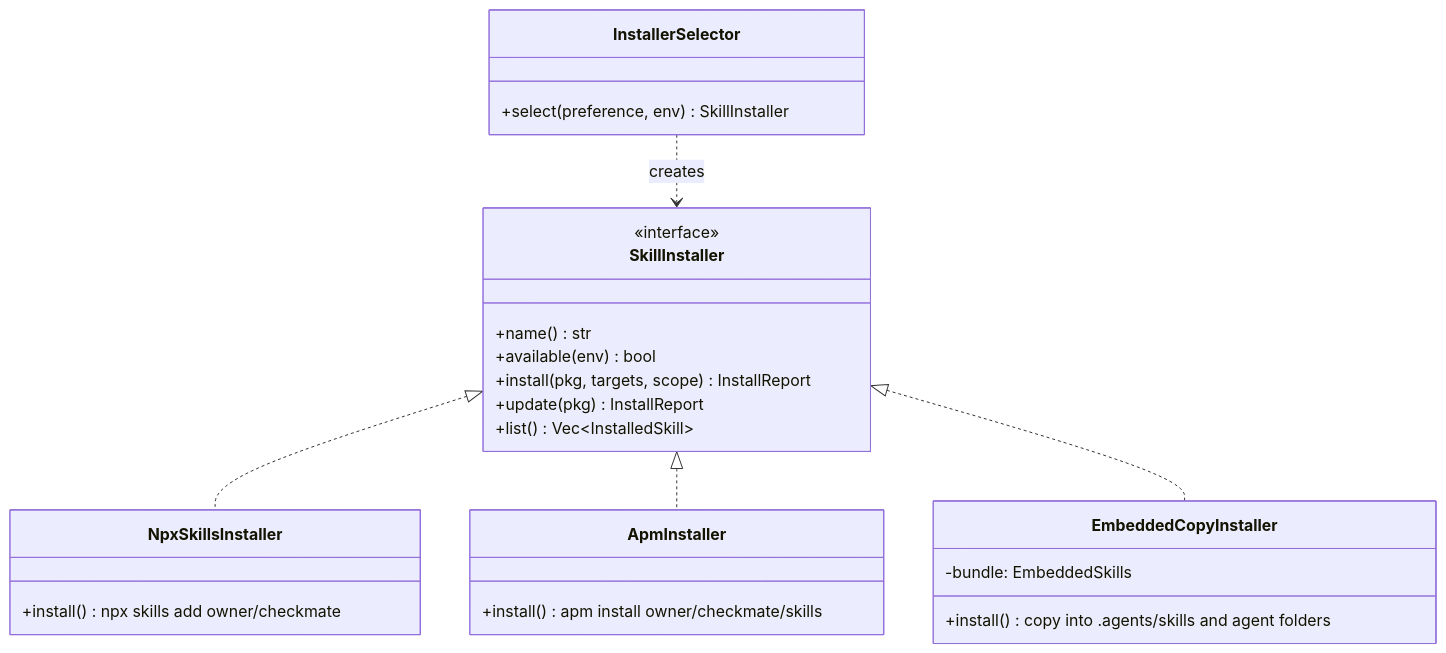
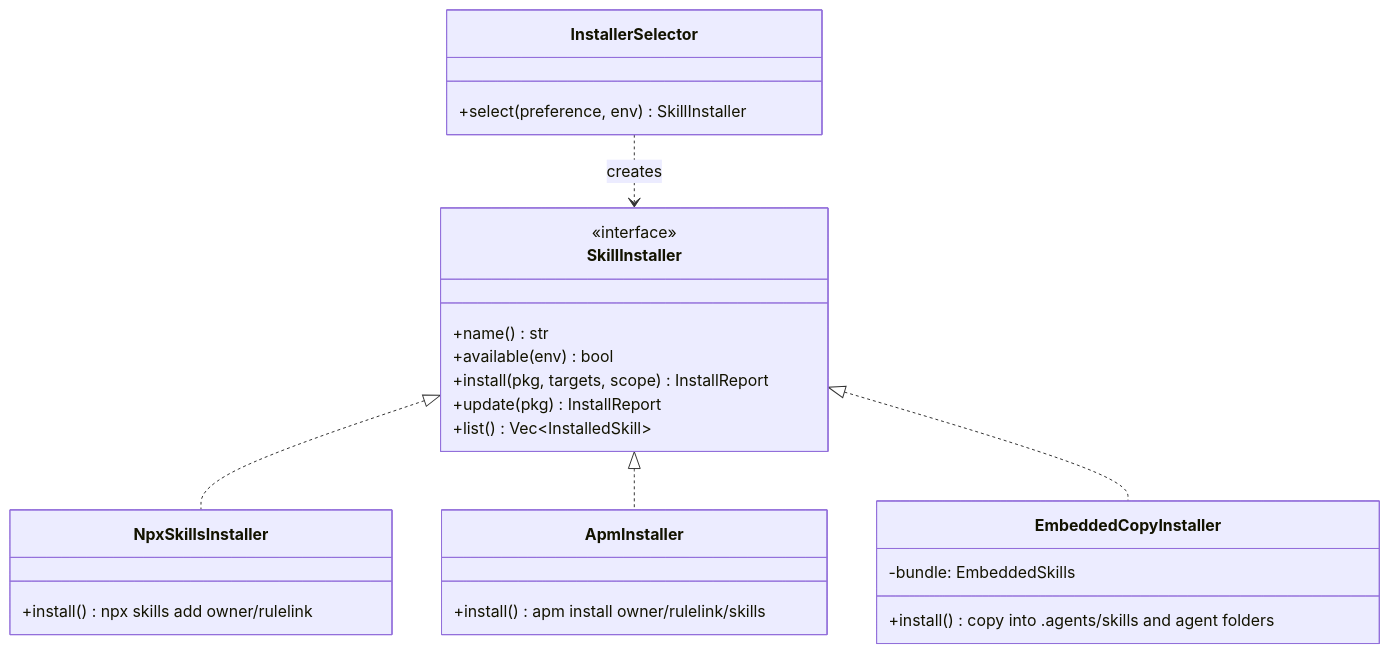
One commit to E-Jacques/Rulelink changed the second of 4 diagrams in docs/architecture/07-agent-integration.md. Above: the diagram before and after it, drawn with Mermaid. The commit also changed other lines of this file and 126 other files, not shown here.

First line of the commit message:
chore: rename the project from Checkmate to Rulelink (#6)

````diff
--- a/docs/architecture/07-agent-integration.md
+++ b/docs/architecture/07-agent-integration.md
@@ -112,28 +112,28 @@
 ```mermaid
 classDiagram
     class SkillInstaller {
         <<interface>>
         +name() str
         +available(env) bool
         +install(pkg, targets, scope) InstallReport
         +update(pkg) InstallReport
         +list() Vec~InstalledSkill~
     }
     class NpxSkillsInstaller {
-        +install() npx skills add owner/checkmate
+        +install() npx skills add owner/rulelink
     }
     class ApmInstaller {
-        +install() apm install owner/checkmate/skills
+        +install() apm install owner/rulelink/skills
     }
     class EmbeddedCopyInstaller {
         -bundle: EmbeddedSkills
         +install() copy into .agents/skills and agent folders
     }
     class InstallerSelector {
         +select(preference, env) SkillInstaller
     }
     SkillInstaller <|.. NpxSkillsInstaller
     SkillInstaller <|.. ApmInstaller
     SkillInstaller <|.. EmbeddedCopyInstaller
     InstallerSelector ..> SkillInstaller : creates
 ```
````
